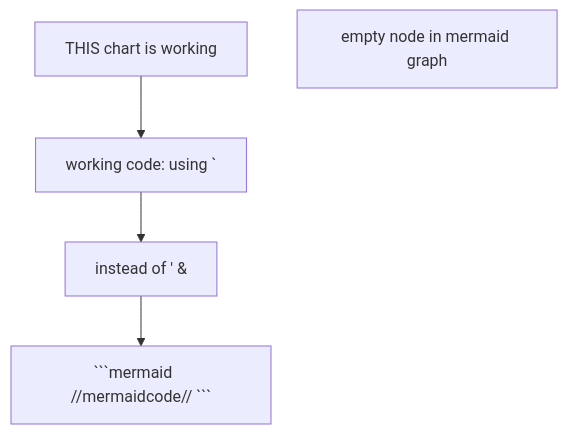
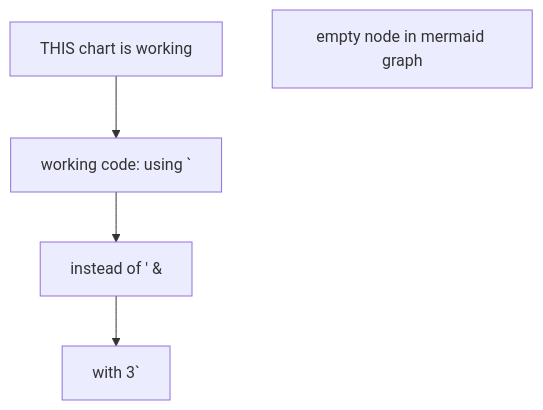
Before and after one commit to Triton-S/Cookie_world: the diagram in README.md, drawn with Mermaid.

````diff
--- a/README.md
+++ b/README.md
@@ -1,5 +1,5 @@
 ```mermaid
 graph TD
-    A[THIS chart is working]-->B[working code: using  `]-->D[instead of  '   &]-->F[```mermaid    //mermaidcode// ```]
+    A[THIS chart is working]-->B[working code: using  `]-->D[instead of  '   &]-->F[with 3`]
     C[empty node in mermaid graph]
 ```
````
